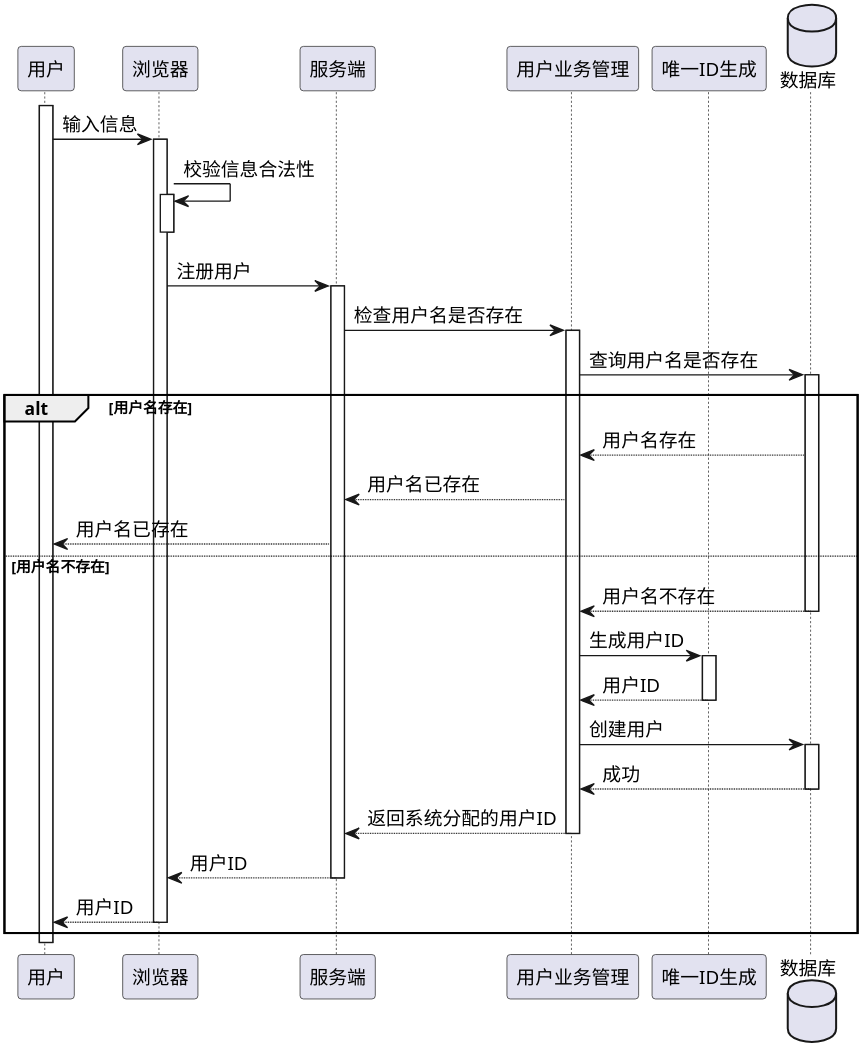
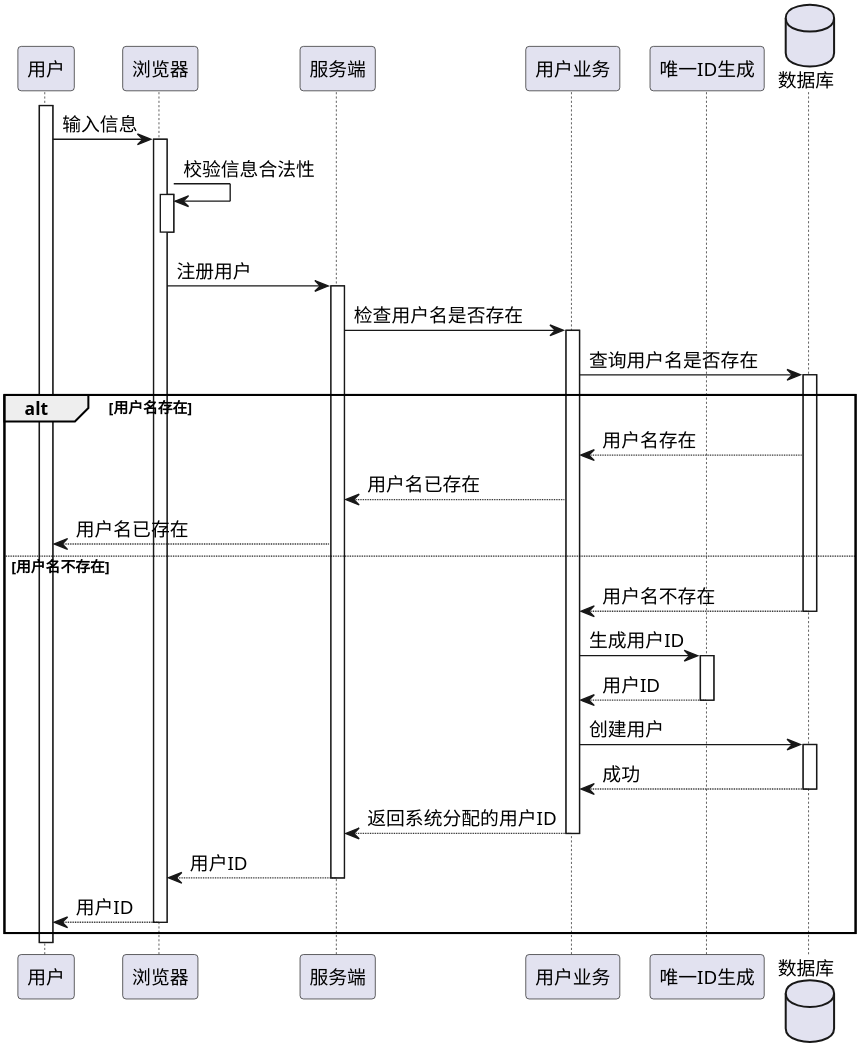
The diagram in uml/时序图/user/注册.puml (Etherealss/AskAnswer), drawn with PlantUML before and after one commit. The commit also changed 9 other files, not shown here.

```diff
--- a/uml/时序图/user/注册.puml
+++ b/uml/时序图/user/注册.puml
@@ -1,41 +1,41 @@
 @startuml
 skinparam shadowing false
 skinparam defaultFontName xfonts-wqy
 skinparam defaultFontName times
 skinparam dpi 300
 skinparam activity  {
     DiamondFontSize 14
     ArrowFontSize 14
     FontSize 14
 }
 
 participant 用户 as User
 participant 浏览器 as Browser
 participant 服务端 as  Server
-participant 用户业务管理 as UserService
+participant 用户业务 as UserService
 participant 唯一ID生成 as Uid
 database 数据库 as DB
 
 
 activate User
 User -> Browser ++: 输入信息
 Browser -> Browser ++--: 校验信息合法性
 Browser -> Server ++: 注册用户
 Server -> UserService ++: 检查用户名是否存在
 UserService -> DB ++: 查询用户名是否存在
 alt 用户名存在
  UserService <-- DB : 用户名存在
  Server <-- UserService : 用户名已存在
  User <-- Server : 用户名已存在
 else 用户名不存在
  return 用户名不存在
  UserService -> Uid ++: 生成用户ID
  return 用户ID
  UserService -> DB ++: 创建用户
  return 成功
  return 返回系统分配的用户ID
  return 用户ID
  return 用户ID
 end
 deactivate User
 @enduml
```
